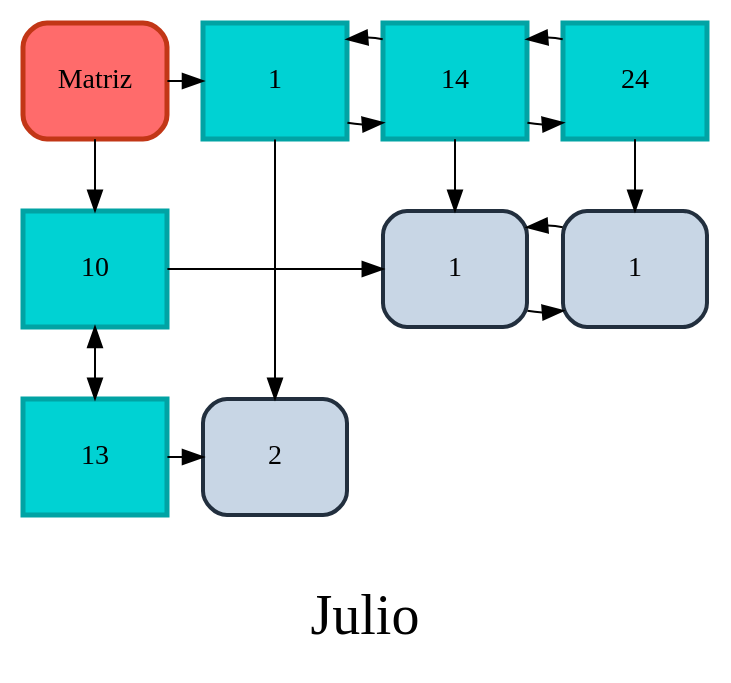
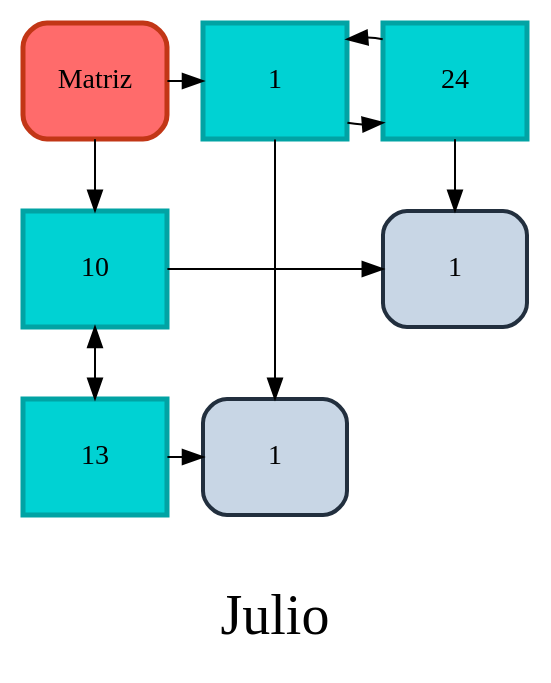
Before and after one commit to DanielDubonDR/EDD_SmartClass_201901772: the diagram in Fase_2/Archivos_dot/Dispersa.dot, drawn with Graphviz. The commit also changed 3 other files, not shown here.

```diff
--- a/Fase_2/Archivos_dot/Dispersa.dot
+++ b/Fase_2/Archivos_dot/Dispersa.dot
@@ -1,34 +1,27 @@
 
         digraph G {
         label="\nJulio" fontsize=28;
         node [shape=box, height=0.8];
         Head[ label = "Matriz", width = 1, style = "filled, rounded" fillcolor = "#ff6b6b", color="#c23616" group = 1 penwidth=2.5];
         
 		F10 [label = "10"   width = 1 style = filled, fillcolor = "#00d2d3", color="#01a3a4" penwidth=2.5 group = 1 ];
 		F13 [label = "13"   width = 1 style = filled, fillcolor = "#00d2d3", color="#01a3a4" penwidth=2.5 group = 1 ];
 		edge[dir="both"];
 		F10 -> F13;
 		edge[dir="forward"];
 		C1 [label = "1"   width = 1 style = filled, fillcolor = "#00d2d3", color="#01a3a4" penwidth=2.5 group = 1 ];
-		C14 [label = "14"   width = 1 style = filled, fillcolor = "#00d2d3", color="#01a3a4" penwidth=2.5 group = 14 ];
 		C24 [label = "24"   width = 1 style = filled, fillcolor = "#00d2d3", color="#01a3a4" penwidth=2.5 group = 24 ];
-		C1 -> C14;
-		C14 -> C1;
-		C14 -> C24;
-		C24 -> C14;
+		C1 -> C24;
+		C24 -> C1;
 		Head -> F10; 
 		Head -> C1;
-		{ rank = same; Head;C1; C14; C24; }
-		N10_L14 [label = "1" width = 1, style="filled, rounded" fillcolor="#c8d6e5" color="#222f3e" penwidth=2 group = 14 ];
-		F10 -> N10_L14;
-		N10_L14-> N10_L24;
-		N10_L24-> N10_L14;
+		{ rank = same; Head;C1; C24; }
 		N10_L24 [label = "1" width = 1, style="filled, rounded" fillcolor="#c8d6e5" color="#222f3e" penwidth=2 group = 24 ];
-		N13_L1 [label = "2" width = 1, style="filled, rounded" fillcolor="#c8d6e5" color="#222f3e" penwidth=2 group = 1 ];
+		F10 -> N10_L24;
+		N13_L1 [label = "1" width = 1, style="filled, rounded" fillcolor="#c8d6e5" color="#222f3e" penwidth=2 group = 1 ];
 		F13 -> N13_L1;
-		{ rank = same; F10; N10_L14; N10_L24; }
+		{ rank = same; F10; N10_L24; }
 		{ rank = same; F13; N13_L1; }
 		C1 -> N13_L1;
-		C14 -> N10_L14;
 		C24 -> N10_L24;
 }
```
